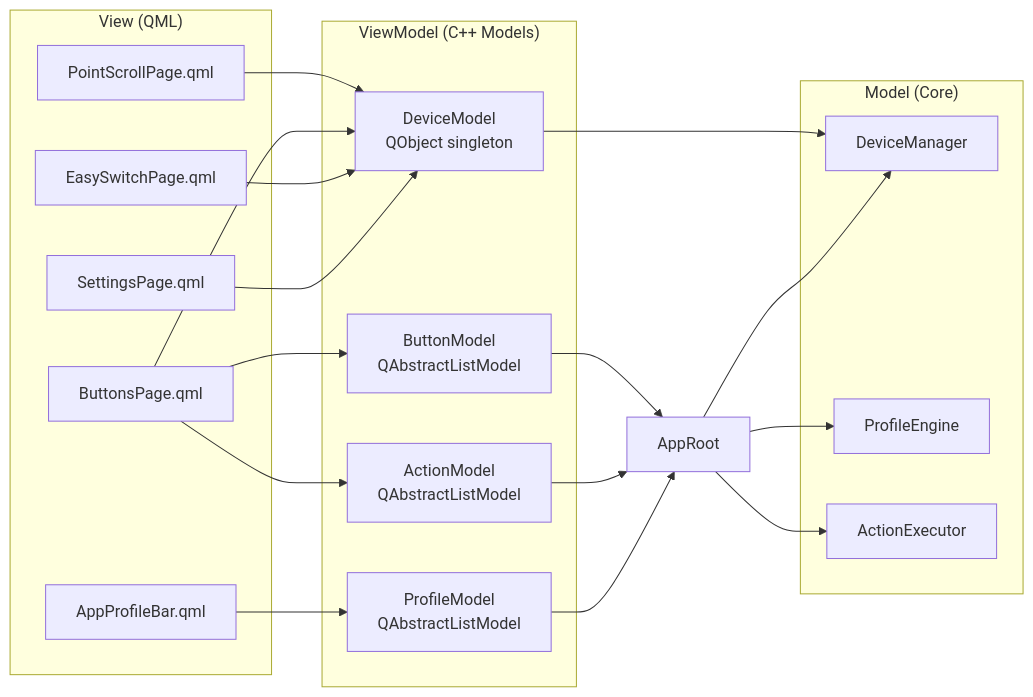
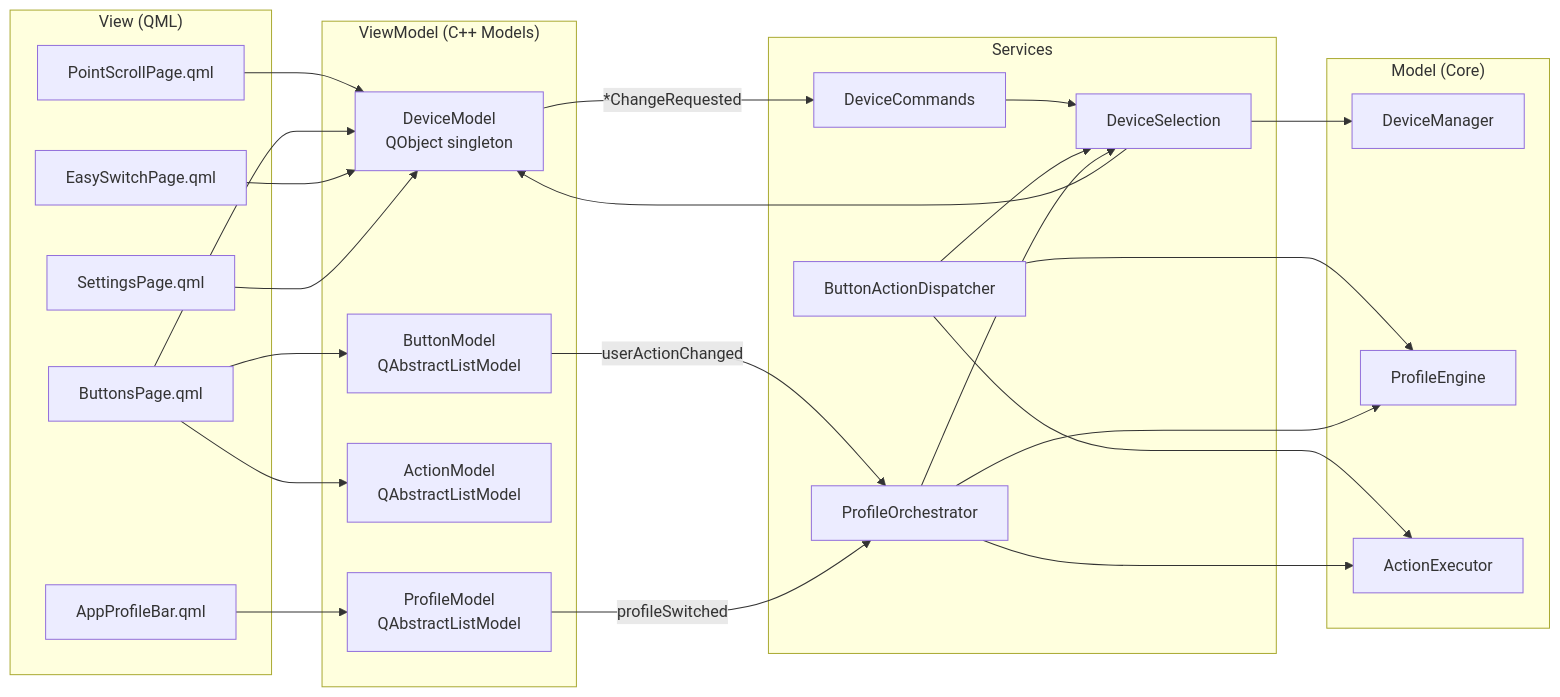
One commit to mmaher88/logitune changed the seventh of 15 diagrams in docs/wiki/Architecture.md. Above: the diagram before and after it, drawn with Mermaid.

Commit message:
docs(wiki): update MVVM diagram to show services between ViewModels and core
ViewModels no longer hand mutations directly to AppRoot; they emit
*ChangeRequested / userActionChanged / profileSwitched signals that
AppRoot wires into DeviceCommands and ProfileOrchestrator. The updated
diagram reflects this: DeviceModel -> DeviceCommands, ButtonModel and
ProfileModel -> ProfileOrchestrator, services reach core engines.

Part of #107.

````diff
--- a/docs/wiki/Architecture.md
+++ b/docs/wiki/Architecture.md
@@ -355,39 +355,51 @@
 ```mermaid
 graph LR
     subgraph "View (QML)"
         PointScroll[PointScrollPage.qml]
         Buttons[ButtonsPage.qml]
         EasySwitch[EasySwitchPage.qml]
         Settings[SettingsPage.qml]
         ProfileBar[AppProfileBar.qml]
     end
 
     subgraph "ViewModel (C++ Models)"
         DM[DeviceModel<br/>QObject singleton]
         BM[ButtonModel<br/>QAbstractListModel]
         AM[ActionModel<br/>QAbstractListModel]
         PM[ProfileModel<br/>QAbstractListModel]
     end
 
+    subgraph "Services"
+        DSel[DeviceSelection]
+        DCmd[DeviceCommands]
+        BAD[ButtonActionDispatcher]
+        PO[ProfileOrchestrator]
+    end
+
     subgraph "Model (Core)"
         DMgr[DeviceManager]
         PE[ProfileEngine]
         AE[ActionExecutor]
     end
 
     PointScroll --> DM
     Buttons --> BM
     Buttons --> AM
     Buttons --> DM
     EasySwitch --> DM
     Settings --> DM
     ProfileBar --> PM
 
-    DM --> DMgr
-    BM --> AC[AppRoot]
-    AM --> AC
-    PM --> AC
-    AC --> DMgr
-    AC --> PE
-    AC --> AE
+    DM -->|*ChangeRequested| DCmd
+    BM -->|userActionChanged| PO
+    PM -->|profileSwitched| PO
+    DSel --> DM
+    DSel --> DMgr
+    DCmd --> DSel
+    BAD --> DSel
+    BAD --> PE
+    BAD --> AE
+    PO --> DSel
+    PO --> PE
+    PO --> AE
 ```
````
